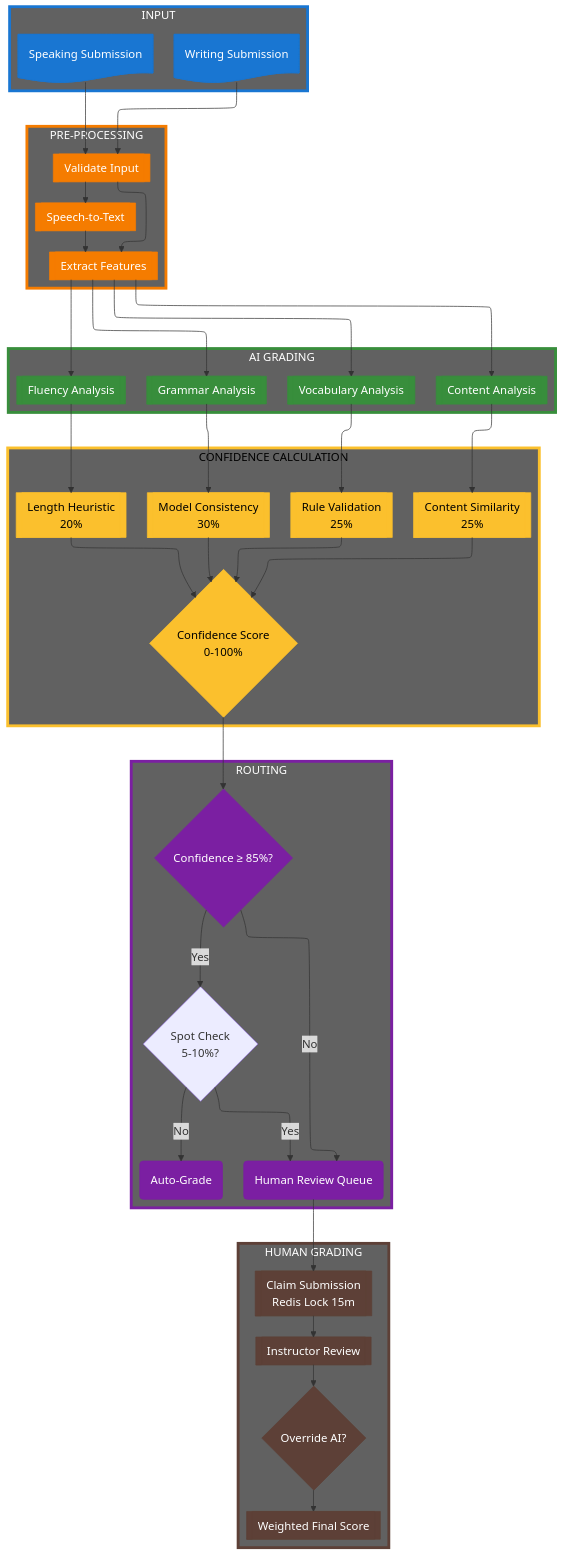
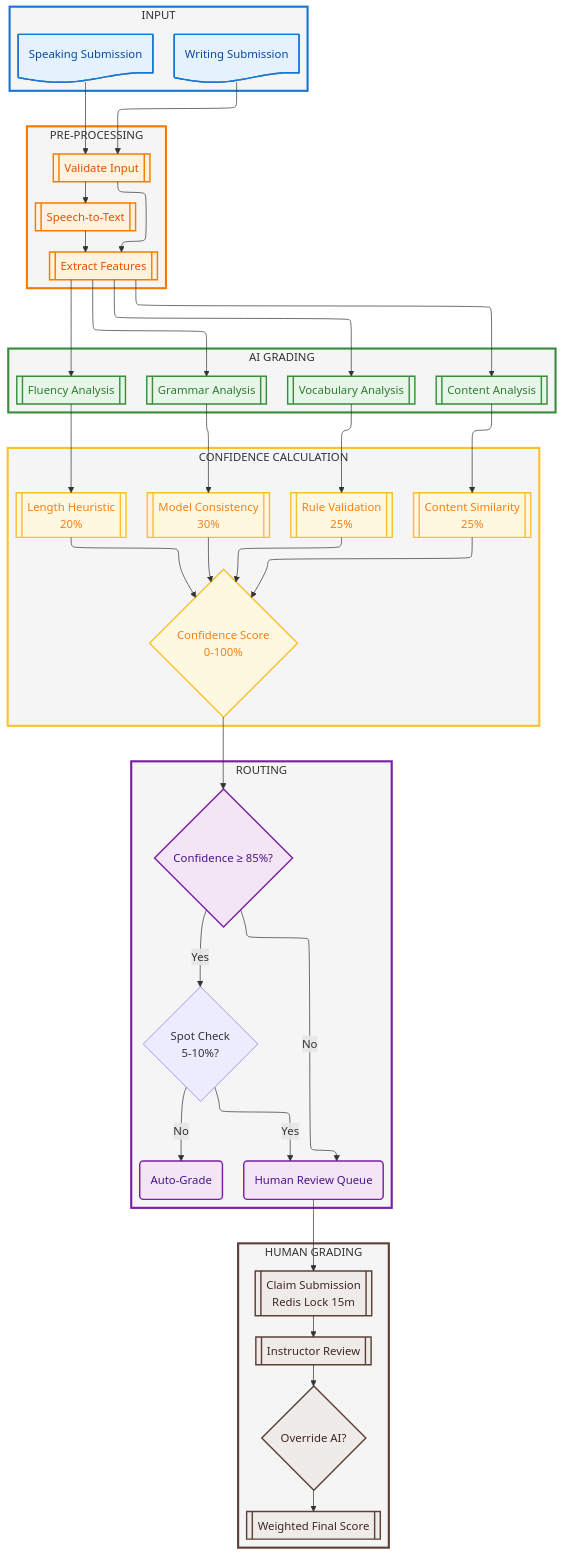
One commit to nghyane/VSTEP changed the eighth of 12 diagrams in docs/capstone/diagrams/flow-diagrams.vi.md. Above: the diagram before and after it, drawn with Mermaid. The commit also changed other lines of this file, not shown here.

First line of the commit message:
style(docs): fix mermaid diagram colors to pastel scheme

```diff
--- a/docs/capstone/diagrams/flow-diagrams.vi.md
+++ b/docs/capstone/diagrams/flow-diagrams.vi.md
@@ -530,21 +530,21 @@
     
     Human --> Claim --> Review --> Override --> Weighted
 
-    %% Nodes
-    classDef input fill:#1976d2,stroke:#1976d2,color:#fff
-    classDef process fill:#f57c00,stroke:#f57c00,color:#fff
-    classDef ai fill:#388e3c,stroke:#388e3c,color:#fff
-    classDef conf fill:#fbc02d,stroke:#fbc02d,color:#000
-    classDef route fill:#7b1fa2,stroke:#7b1fa2,color:#fff
-    classDef human fill:#5d4037,stroke:#5d4037,color:#fff
+    %% Nodes - soft pastel fill with dark text
+    classDef input fill:#e3f2fd,stroke:#1976d2,stroke-width:2px,color:#0d47a1
+    classDef process fill:#fff3e0,stroke:#f57c00,stroke-width:2px,color:#e65100
+    classDef ai fill:#e8f5e9,stroke:#388e3c,stroke-width:2px,color:#2e7d32
+    classDef conf fill:#fff8e1,stroke:#fbc02d,stroke-width:2px,color:#f57f17
+    classDef route fill:#f3e5f5,stroke:#7b1fa2,stroke-width:2px,color:#4a148c
+    classDef human fill:#efebe9,stroke:#5d4037,stroke-width:2px,color:#3e2723
 
-    %% Boxes
-    classDef inputBox fill:#616161,stroke:#1976d2,stroke-width:4px,color:#fff
-    classDef processBox fill:#616161,stroke:#f57c00,stroke-width:4px,color:#fff
-    classDef aiBox fill:#616161,stroke:#388e3c,stroke-width:4px,color:#fff
-    classDef confBox fill:#616161,stroke:#fbc02d,stroke-width:4px,color:#000
-    classDef routeBox fill:#616161,stroke:#7b1fa2,stroke-width:4px,color:#fff
-    classDef humanBox fill:#616161,stroke:#5d4037,stroke-width:4px,color:#fff
+    %% Boxes - light tint
+    classDef inputBox fill:#f5f5f5,stroke:#1976d2,stroke-width:3px,color:#333
+    classDef processBox fill:#f5f5f5,stroke:#f57c00,stroke-width:3px,color:#333
+    classDef aiBox fill:#f5f5f5,stroke:#388e3c,stroke-width:3px,color:#333
+    classDef confBox fill:#f5f5f5,stroke:#fbc02d,stroke-width:3px,color:#333
+    classDef routeBox fill:#f5f5f5,stroke:#7b1fa2,stroke-width:3px,color:#333
+    classDef humanBox fill:#f5f5f5,stroke:#5d4037,stroke-width:3px,color:#333
 
     class Input inputBox
     class Preprocess processBox
```
